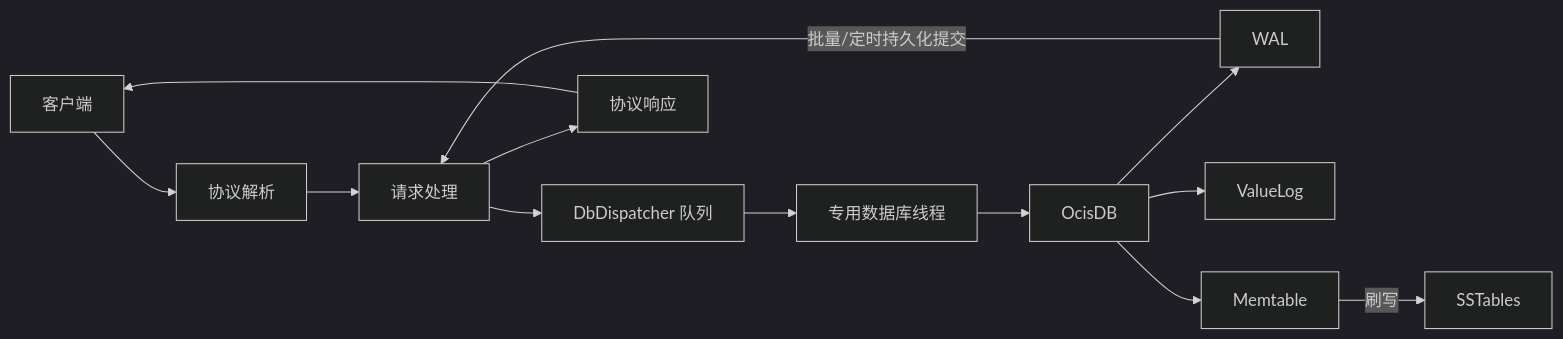
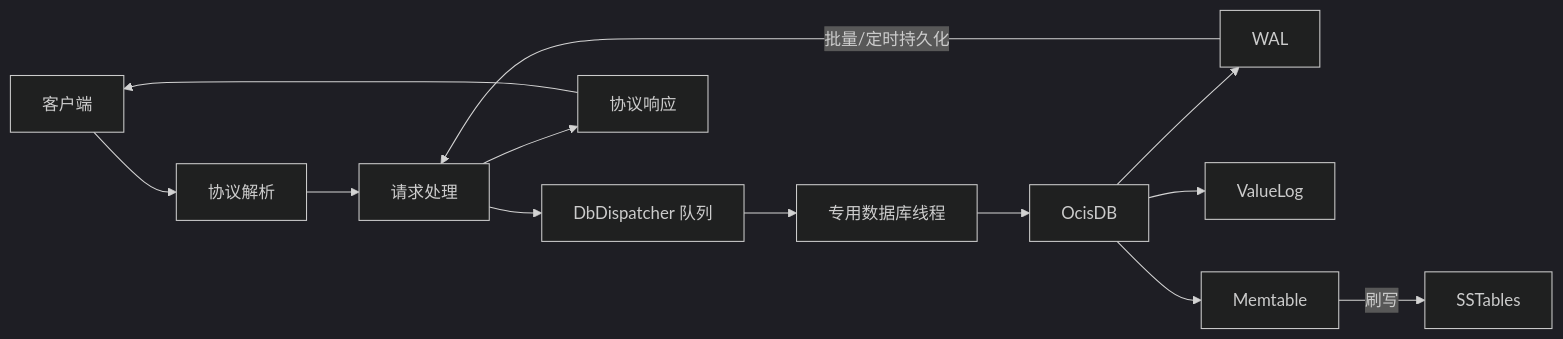
The diagram in REAMDE_zh.md (muqiuhan/Ocis), drawn with Mermaid (dark theme) before and after one commit. The commit also changed other lines of this file and 4 other files, not shown here.

````diff
--- a/REAMDE_zh.md
+++ b/REAMDE_zh.md
@@ -61,15 +17,15 @@
 ```mermaid
 flowchart LR
   C[客户端] --> P[协议解析]
   P --> H[请求处理]
   H --> Q[DbDispatcher 队列]
   Q --> T[专用数据库线程]
   T --> E[OcisDB]
   E --> WAL[WAL]
   E --> VLOG[ValueLog]
   E --> MEM[Memtable]
   MEM -->|刷写| SST[SSTables]
-  WAL -->|批量/定时持久化提交| H
+  WAL -->|批量/定时持久化| H
   H --> R[协议响应]
   R --> C
 ```
````
